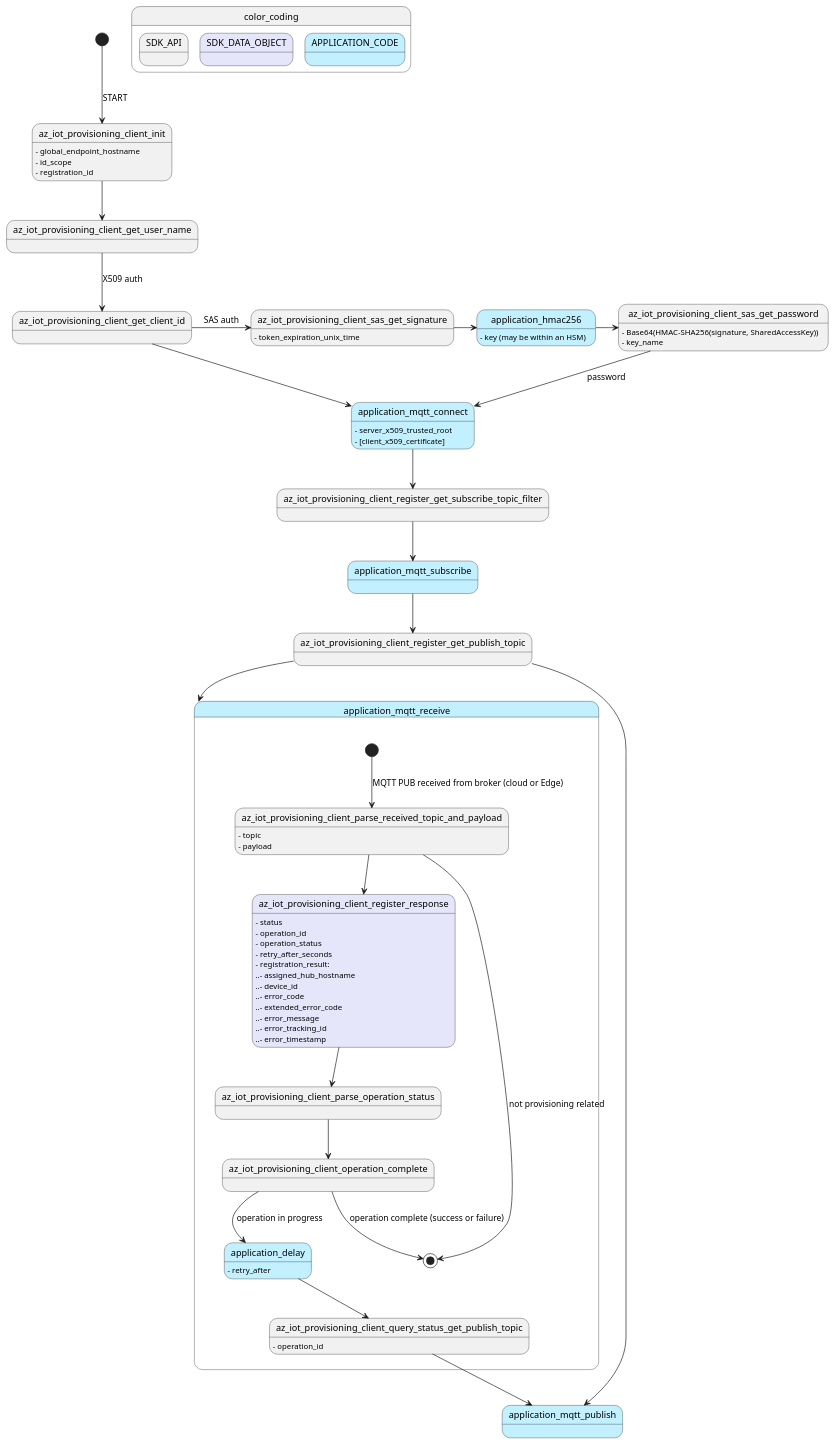
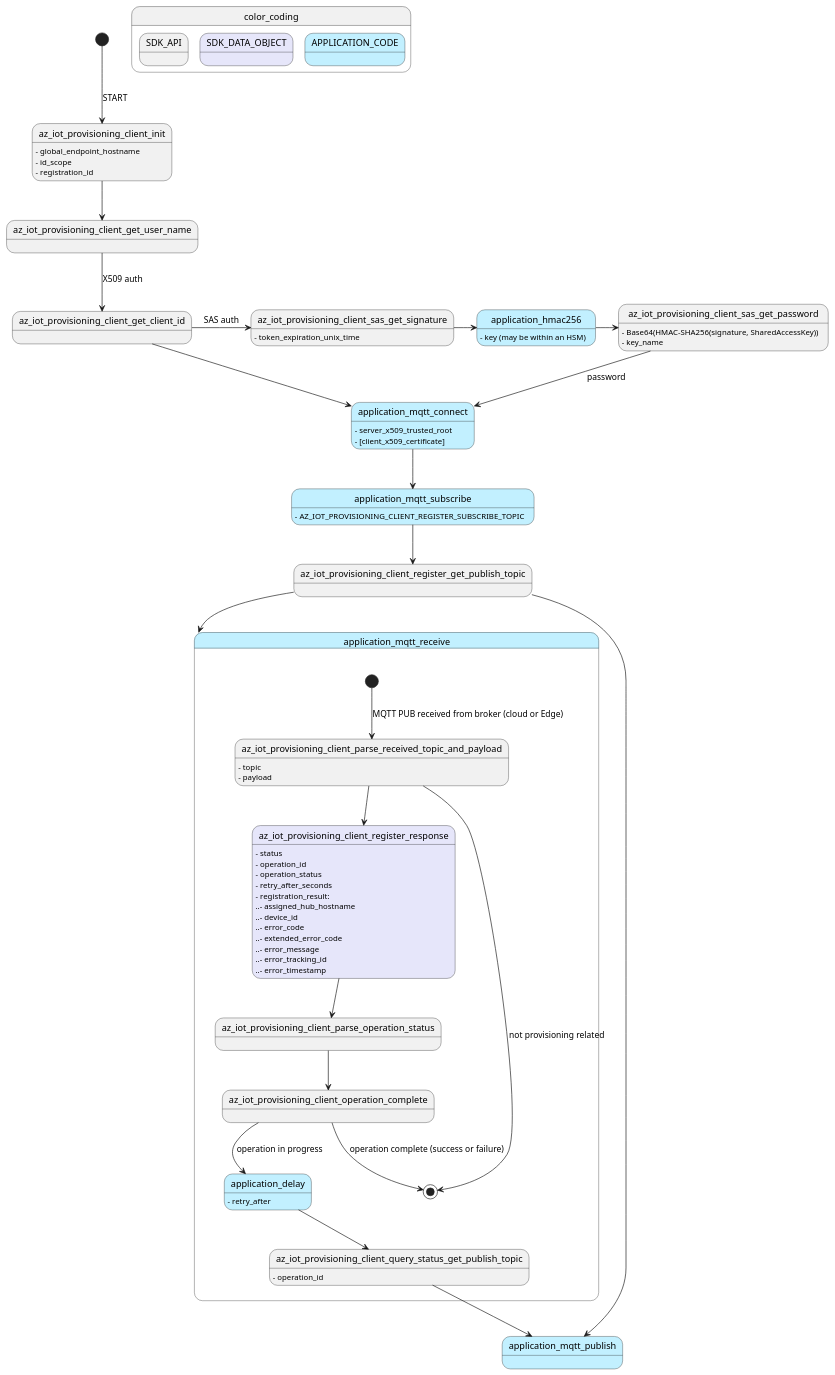
Before and after one commit to Azure/azure-sdk-for-c: the diagram in sdk/iot/doc/resources/iot_provisioning_flow.puml, drawn with PlantUML. The commit also changed 2 other files, not shown here.

Commit message:
Updating state machine flow diagrams.

```diff
--- a/sdk/iot/doc/resources/iot_provisioning_flow.puml
+++ b/sdk/iot/doc/resources/iot_provisioning_flow.puml
@@ -1,92 +1,92 @@
 @startuml
 
 skinparam state {
     BackgroundColor<<APP>> APPLICATION
     BackgroundColor<<STRUCT>> Lavender
 }
 
 state color_coding {
     state SDK_API
     state SDK_DATA_OBJECT <<STRUCT>>
     state APPLICATION_CODE <<APP>>
 }
 
 ' Init
 [*] --> az_iot_provisioning_client_init: START
 az_iot_provisioning_client_init --> az_iot_provisioning_client_get_user_name
 az_iot_provisioning_client_get_user_name --> az_iot_provisioning_client_get_client_id : X509 auth
 state application_mqtt_connect <<APP>>
 az_iot_provisioning_client_get_client_id --> application_mqtt_connect
 
 ' Optional SAS token generation:
 az_iot_provisioning_client_get_client_id -> az_iot_provisioning_client_sas_get_signature : SAS auth
 az_iot_provisioning_client_sas_get_signature -> application_hmac256
 application_hmac256 -> az_iot_provisioning_client_sas_get_password
 az_iot_provisioning_client_sas_get_password --> application_mqtt_connect : password
 state application_hmac256 <<APP>>
 
 ' Subscribe
-application_mqtt_connect --> az_iot_provisioning_client_register_get_subscribe_topic_filter
-az_iot_provisioning_client_register_get_subscribe_topic_filter --> application_mqtt_subscribe
+application_mqtt_connect --> application_mqtt_subscribe
 state application_mqtt_subscribe <<APP>>
 'application_mqtt_subscribe --> application_mqtt_receive : MQTT lib subscribed
 
 ' Register
 application_mqtt_subscribe --> az_iot_provisioning_client_register_get_publish_topic
 az_iot_provisioning_client_register_get_publish_topic --> application_mqtt_publish
 az_iot_provisioning_client_register_get_publish_topic --> application_mqtt_receive
 state application_mqtt_publish <<APP>>
 
 state application_mqtt_receive <<APP>> { 
 ' MQTT PUB received
     [*] --> az_iot_provisioning_client_parse_received_topic_and_payload: MQTT PUB received from broker (cloud or Edge)
     az_iot_provisioning_client_parse_received_topic_and_payload --> az_iot_provisioning_client_register_response
     az_iot_provisioning_client_parse_received_topic_and_payload --> [*] : not provisioning related
 
     az_iot_provisioning_client_register_response --> az_iot_provisioning_client_parse_operation_status
 
     az_iot_provisioning_client_parse_operation_status --> az_iot_provisioning_client_operation_complete
     az_iot_provisioning_client_operation_complete --> [*] : operation complete (success or failure)
     az_iot_provisioning_client_operation_complete --> application_delay : operation in progress
     state application_delay <<APP>>
     application_delay --> az_iot_provisioning_client_query_status_get_publish_topic
     az_iot_provisioning_client_query_status_get_publish_topic --> application_mqtt_publish
 }
 
 ' Provisioning client:
 az_iot_provisioning_client_init : - global_endpoint_hostname
 az_iot_provisioning_client_init : - id_scope
 az_iot_provisioning_client_init : - registration_id
 
 ' SAS Tokens
 az_iot_provisioning_client_sas_get_signature : - token_expiration_unix_time
 
 az_iot_provisioning_client_parse_received_topic_and_payload : - topic
 az_iot_provisioning_client_parse_received_topic_and_payload : - payload
 
 state az_iot_provisioning_client_register_response <<STRUCT>>
 az_iot_provisioning_client_register_response : - status
 az_iot_provisioning_client_register_response : - operation_id
 az_iot_provisioning_client_register_response : - operation_status
 az_iot_provisioning_client_register_response : - retry_after_seconds
 az_iot_provisioning_client_register_response : - registration_result:
 az_iot_provisioning_client_register_response : ..- assigned_hub_hostname
 az_iot_provisioning_client_register_response : ..- device_id
 az_iot_provisioning_client_register_response : ..- error_code
 az_iot_provisioning_client_register_response : ..- extended_error_code
 az_iot_provisioning_client_register_response : ..- error_message
 az_iot_provisioning_client_register_response : ..- error_tracking_id
 az_iot_provisioning_client_register_response : ..- error_timestamp
 
 az_iot_provisioning_client_sas_get_password: - Base64(HMAC-SHA256(signature, SharedAccessKey))
 az_iot_provisioning_client_sas_get_password: - key_name
 
 az_iot_provisioning_client_query_status_get_publish_topic : - operation_id
 
 ' Application interfaces
 application_mqtt_connect : - server_x509_trusted_root
 application_mqtt_connect : - [client_x509_certificate]
+application_mqtt_subscribe: - AZ_IOT_PROVISIONING_CLIENT_REGISTER_SUBSCRIBE_TOPIC
 application_delay : - retry_after
 application_hmac256 : - key (may be within an HSM)
 
 @enduml
```
